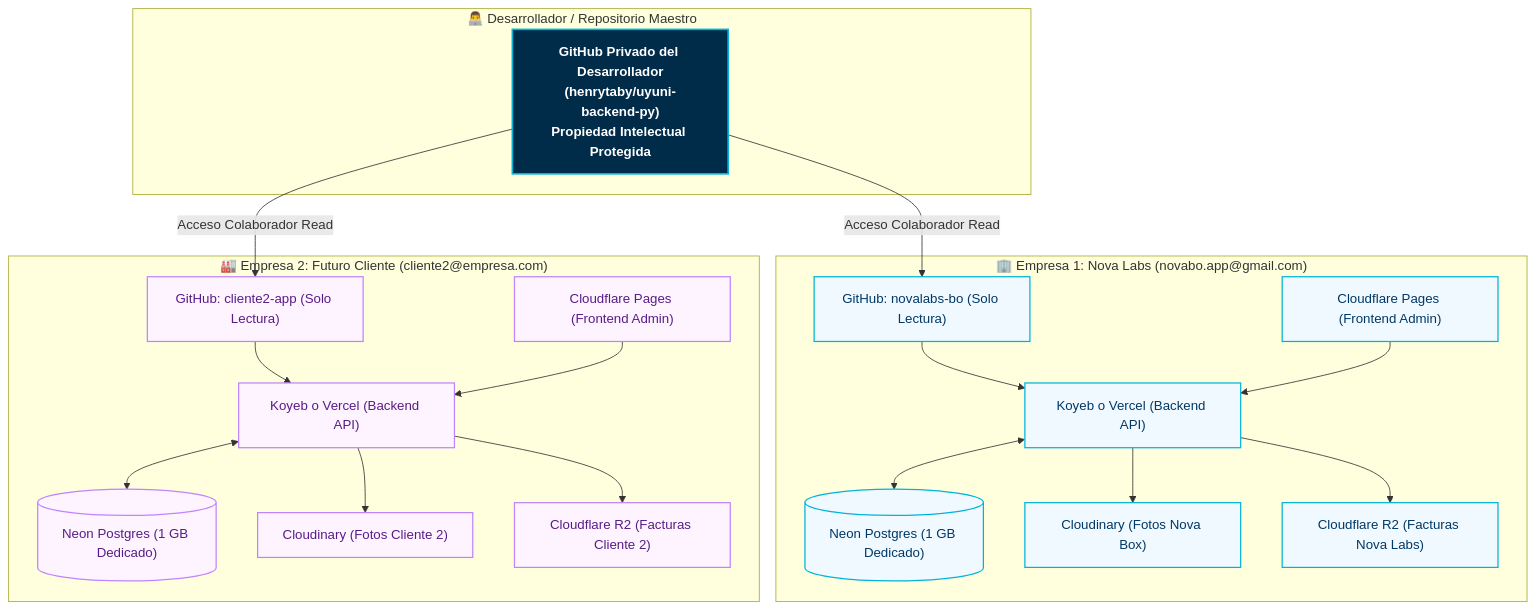
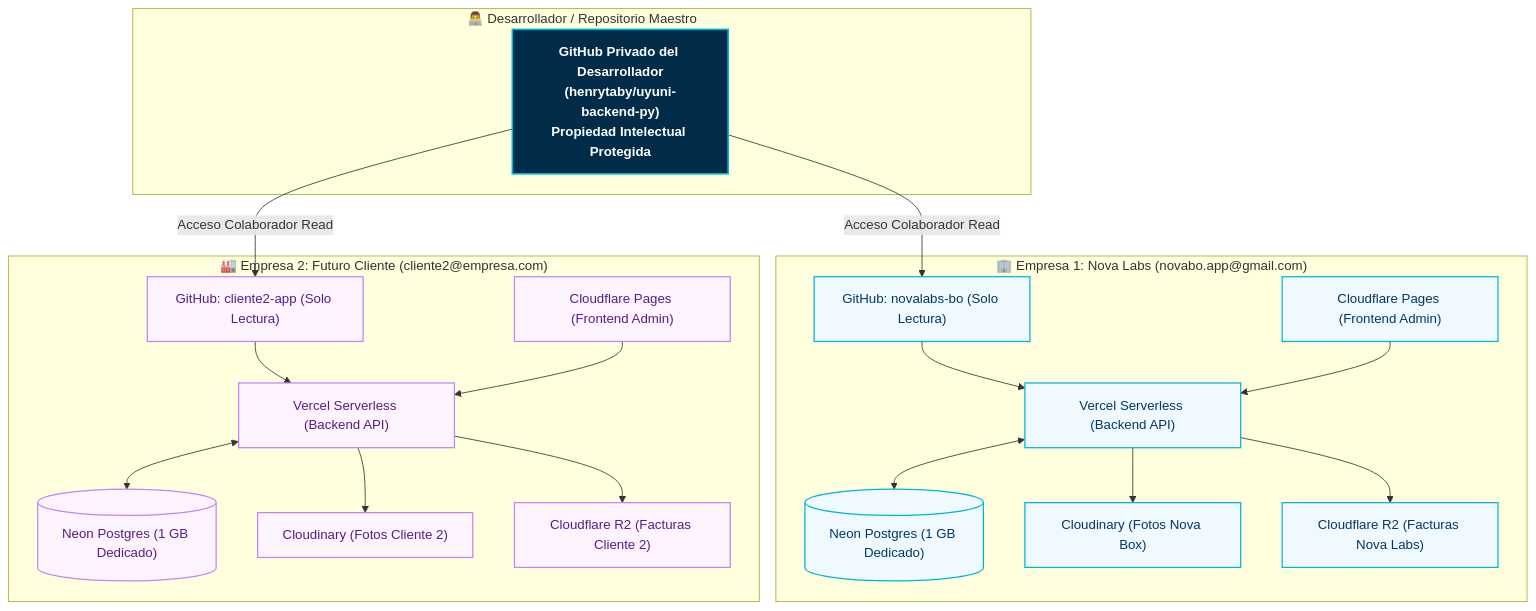
One commit to henrytaby/uyuni-backend-py changed the diagram in docs/CLIENT_REPLICATION_PLAYBOOK.md. Above: the diagram before and after it, drawn with Mermaid. The commit also changed other lines of this file and 5 other files, not shown here.

````diff
--- a/docs/CLIENT_REPLICATION_PLAYBOOK.md
+++ b/docs/CLIENT_REPLICATION_PLAYBOOK.md
@@ -11,50 +11,50 @@
 ```mermaid
 flowchart TD
     %% ==========================================
     %% MODELO SINGLE-TENANT REPLICABLE
     %% ==========================================
     
     subgraph DevMaster ["👨‍💻 Desarrollador / Repositorio Maestro"]
         REPO["GitHub Privado del Desarrollador<br/>(henrytaby/uyuni-backend-py)<br/>Propiedad Intelectual Protegida"]
     end
 
     subgraph Client1 ["🏢 Empresa 1: Nova Labs (novabo.app@gmail.com)"]
         GH1["GitHub: novalabs-bo (Solo Lectura)"]
         NEON1[("Neon Postgres (1 GB Dedicado)")]
-        SERVER1["Koyeb o Vercel (Backend API)"]
+        SERVER1["Vercel Serverless (Backend API)"]
         CLD1["Cloudinary (Fotos Nova Box)"]
         R2_1["Cloudflare R2 (Facturas Nova Labs)"]
         PAGES1["Cloudflare Pages (Frontend Admin)"]
     end
 
     subgraph Client2 ["🏭 Empresa 2: Futuro Cliente (cliente2@empresa.com)"]
         GH2["GitHub: cliente2-app (Solo Lectura)"]
         NEON2[("Neon Postgres (1 GB Dedicado)")]
-        SERVER2["Koyeb o Vercel (Backend API)"]
+        SERVER2["Vercel Serverless (Backend API)"]
         CLD2["Cloudinary (Fotos Cliente 2)"]
         R2_2["Cloudflare R2 (Facturas Cliente 2)"]
         PAGES2["Cloudflare Pages (Frontend Admin)"]
     end
 
     REPO -->|Acceso Colaborador Read| GH1
     REPO -->|Acceso Colaborador Read| GH2
 
     GH1 --> SERVER1 <--> NEON1
     SERVER1 --> CLD1
     SERVER1 --> R2_1
     PAGES1 --> SERVER1
 
     GH2 --> SERVER2 <--> NEON2
     SERVER2 --> CLD2
     SERVER2 --> R2_2
     PAGES2 --> SERVER2
 
     %% Estilos Corporativos Uyuni
     classDef devNode fill:#002b49,stroke:#00b4d8,stroke-width:2px,color:#ffffff,font-weight:bold;
     classDef c1Node fill:#f0f9ff,stroke:#00b4d8,stroke-width:1.5px,color:#003865;
     classDef c2Node fill:#fdf4ff,stroke:#c084fc,stroke-width:1.5px,color:#581c87;
 
     class REPO devNode;
     class GH1,NEON1,SERVER1,CLD1,R2_1,PAGES1 c1Node;
     class GH2,NEON2,SERVER2,CLD2,R2_2,PAGES2 c2Node;
 ```
````
